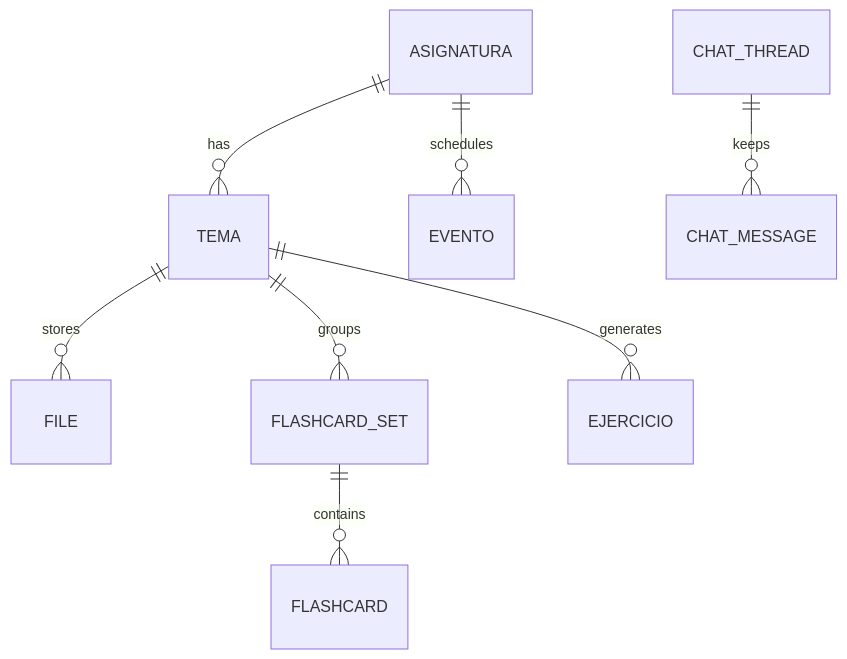
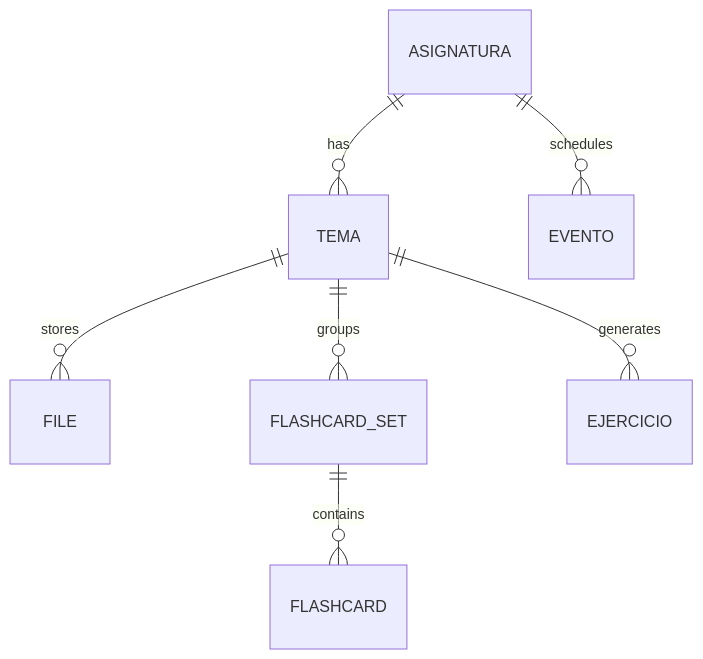
The second of 2 diagrams in README.md (lucabae/studyist), drawn with Mermaid before and after one commit. The commit also changed other lines of this file, not shown here.

````diff
--- a/README.md
+++ b/README.md
@@ -57,10 +54,9 @@
 ```mermaid
 erDiagram
   ASIGNATURA ||--o{ TEMA : has
   ASIGNATURA ||--o{ EVENTO : schedules
   TEMA ||--o{ FILE : stores
   TEMA ||--o{ FLASHCARD_SET : groups
   FLASHCARD_SET ||--o{ FLASHCARD : contains
   TEMA ||--o{ EJERCICIO : generates
-  CHAT_THREAD ||--o{ CHAT_MESSAGE : keeps
 ```
````
